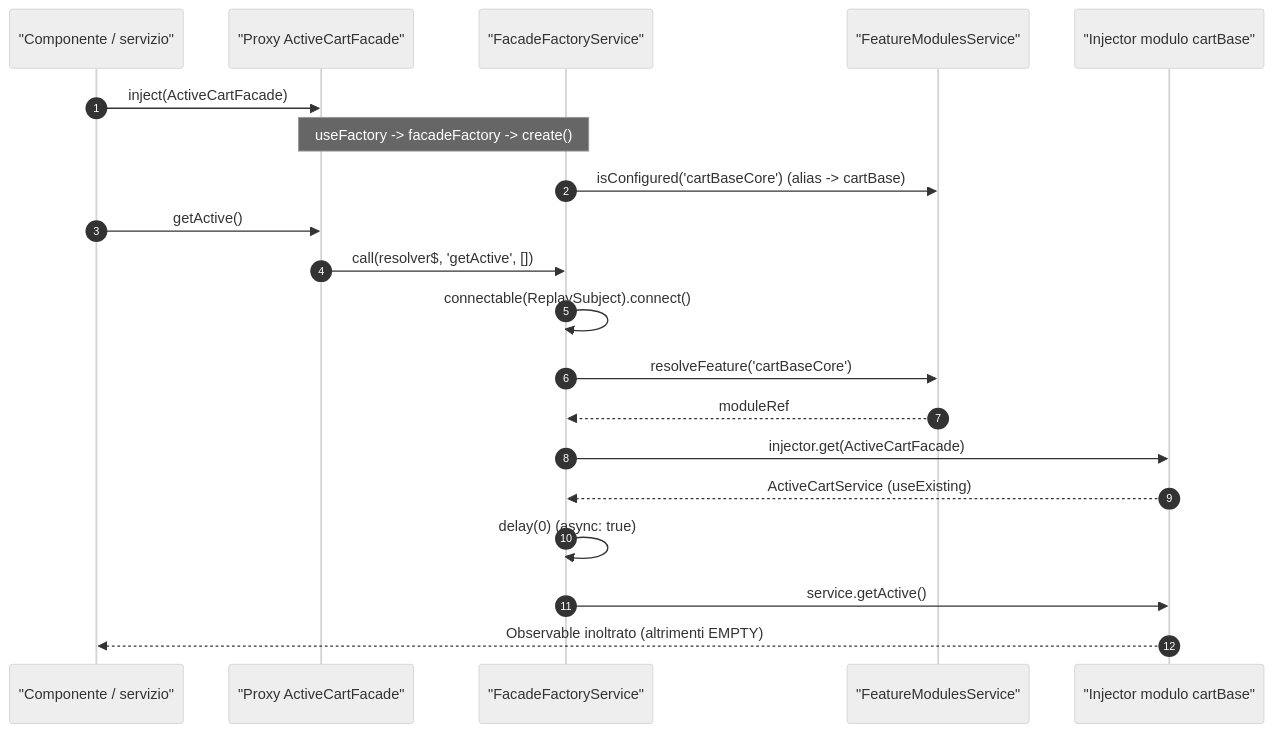
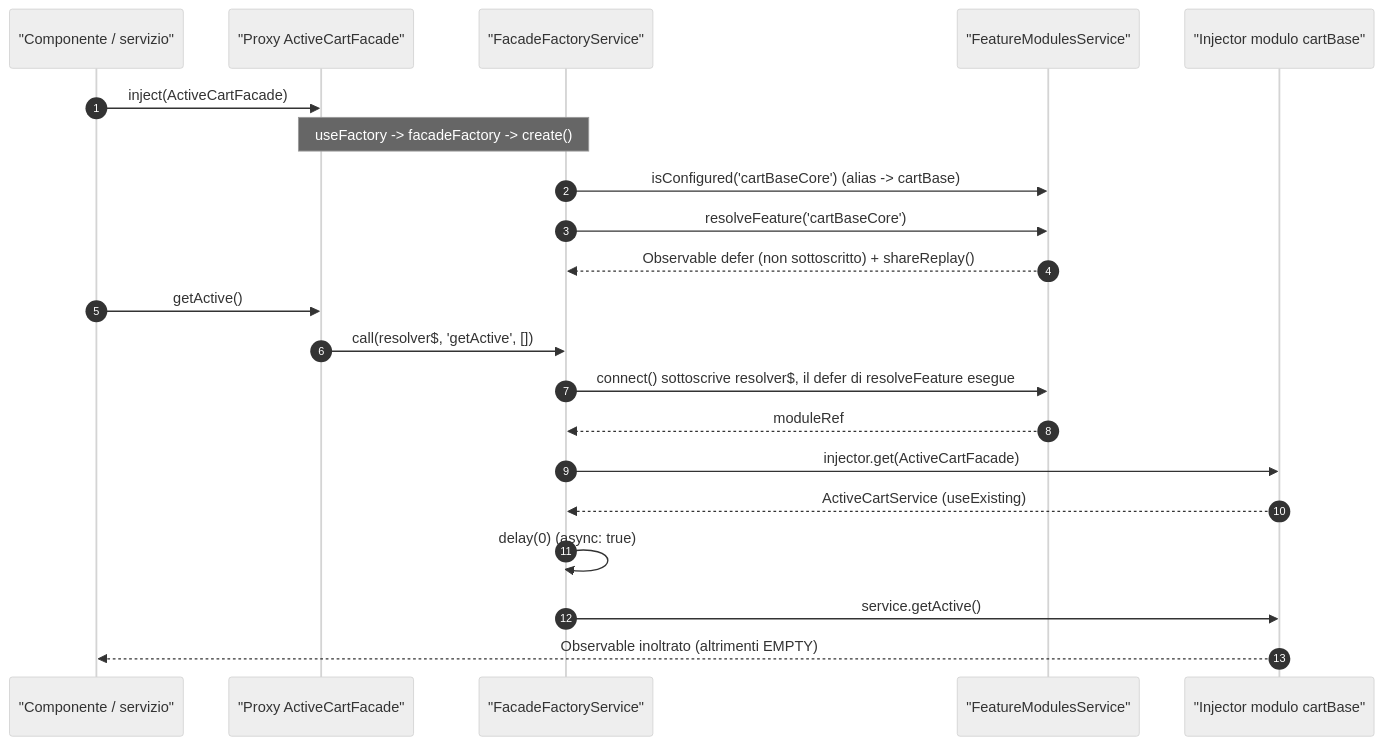
The fourth of 4 diagrams in docs/spartacus-book/parte-2/12-feature-module-lazy.md (mgiuditta/spartacus), drawn with Mermaid (neutral theme) before and after one commit. The commit also changed other lines of this file and 5 other files, not shown here.

````diff
--- a/docs/spartacus-book/parte-2/12-feature-module-lazy.md
+++ b/docs/spartacus-book/parte-2/12-feature-module-lazy.md
@@ -290,22 +290,23 @@
 ```mermaid
 sequenceDiagram
   autonumber
   participant C as "Componente / servizio"
   participant P as "Proxy ActiveCartFacade"
   participant FFS as "FacadeFactoryService"
   participant FMS as "FeatureModulesService"
   participant M as "Injector modulo cartBase"
   C->>P: inject(ActiveCartFacade)
   Note over P,FFS: useFactory -> facadeFactory -> create()
   FFS->>FMS: isConfigured('cartBaseCore') (alias -> cartBase)
+  FFS->>FMS: resolveFeature('cartBaseCore')
+  FMS-->>FFS: Observable defer (non sottoscritto) + shareReplay()
   C->>P: getActive()
   P->>FFS: call(resolver$, 'getActive', [])
-  FFS->>FFS: connectable(ReplaySubject).connect()
-  FFS->>FMS: resolveFeature('cartBaseCore')
+  FFS->>FMS: connect() sottoscrive resolver$, il defer di resolveFeature esegue
   FMS-->>FFS: moduleRef
   FFS->>M: injector.get(ActiveCartFacade)
   M-->>FFS: ActiveCartService (useExisting)
   FFS->>FFS: delay(0) (async: true)
   FFS->>M: service.getActive()
   M-->>C: Observable inoltrato (altrimenti EMPTY)
 ```
````
